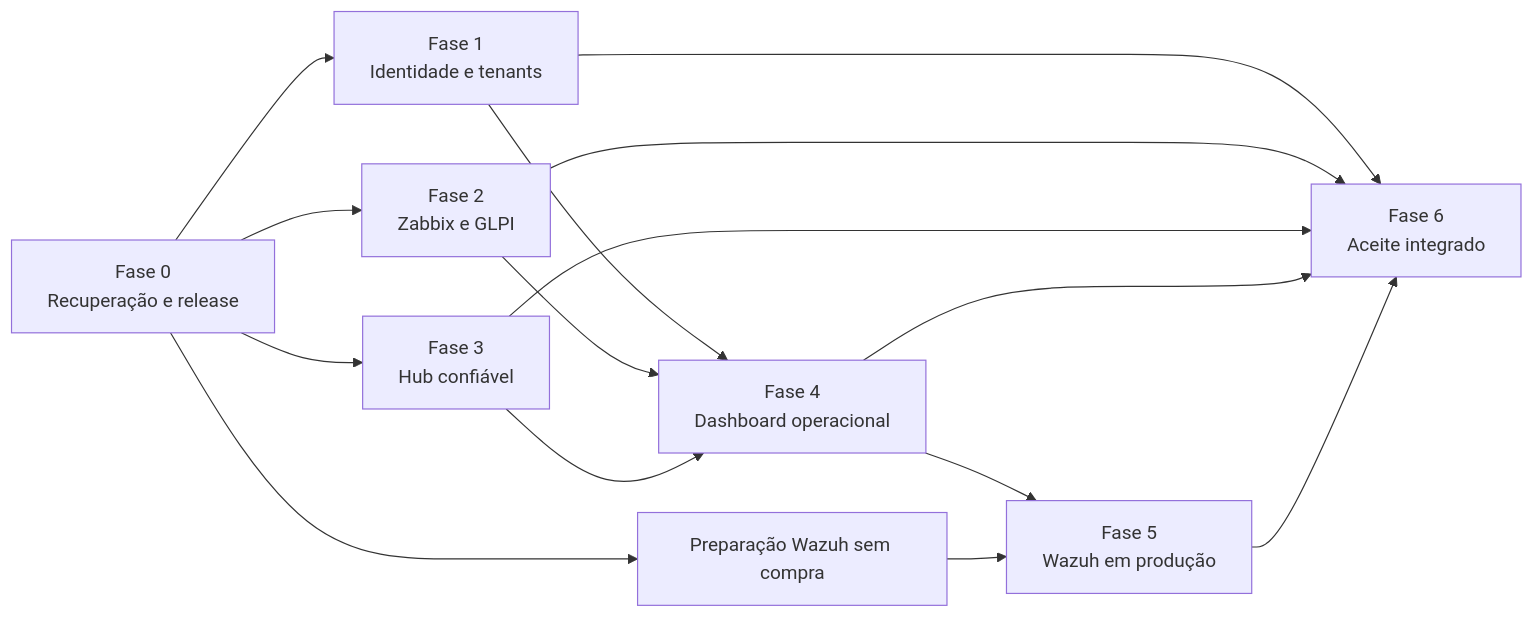
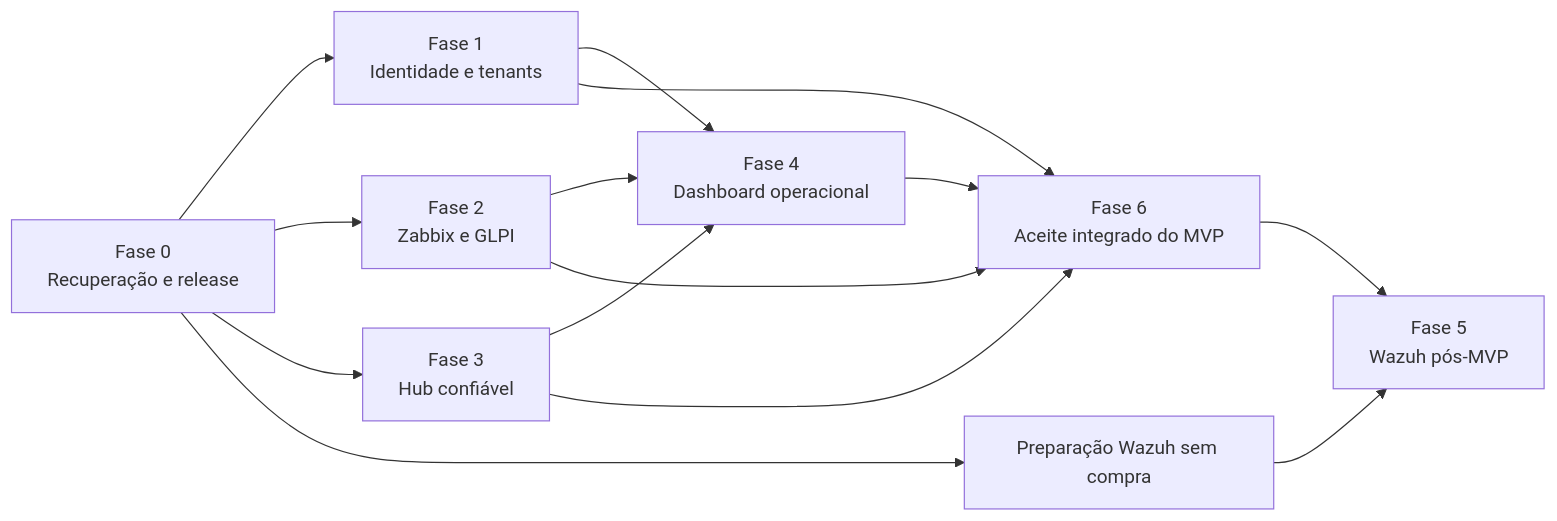
The diagram in docs/superpowers/plans/2026-09-18-ness-os-full-operationalization.md (resper1965/ness.OS-v2), drawn with Mermaid before and after one commit. The commit also changed other lines of this file and 2 other files, not shown here.

Commit message:
docs(plan): align phase gates with ness.OS MVP

````diff
--- a/docs/superpowers/plans/2026-09-18-ness-os-full-operationalization.md
+++ b/docs/superpowers/plans/2026-09-18-ness-os-full-operationalization.md
@@ -45,17 +45,16 @@
 ```mermaid
 flowchart LR
     P0[Fase 0<br/>Recuperação e release] --> P1[Fase 1<br/>Identidade e tenants]
     P0 --> P2[Fase 2<br/>Zabbix e GLPI]
     P0 --> P3[Fase 3<br/>Hub confiável]
     P1 --> P4[Fase 4<br/>Dashboard operacional]
     P2 --> P4
     P3 --> P4
     P0 --> WPREP[Preparação Wazuh sem compra]
-    P4 --> P5[Fase 5<br/>Wazuh em produção]
+    P4 --> P6[Fase 6<br/>Aceite integrado do MVP]
+    P6 --> P5[Fase 5<br/>Wazuh pós-MVP]
     WPREP --> P5
-    P1 --> P6[Fase 6<br/>Aceite integrado]
+    P1 --> P6
     P2 --> P6
     P3 --> P6
-    P4 --> P6
-    P5 --> P6
 ```
````
